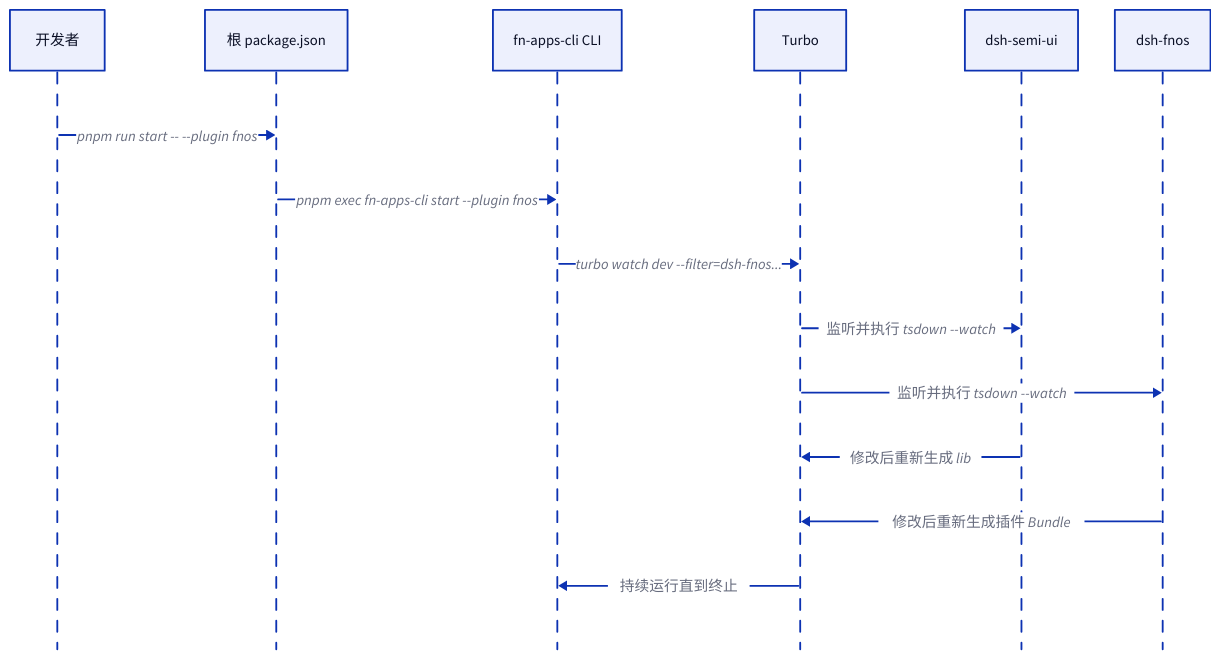
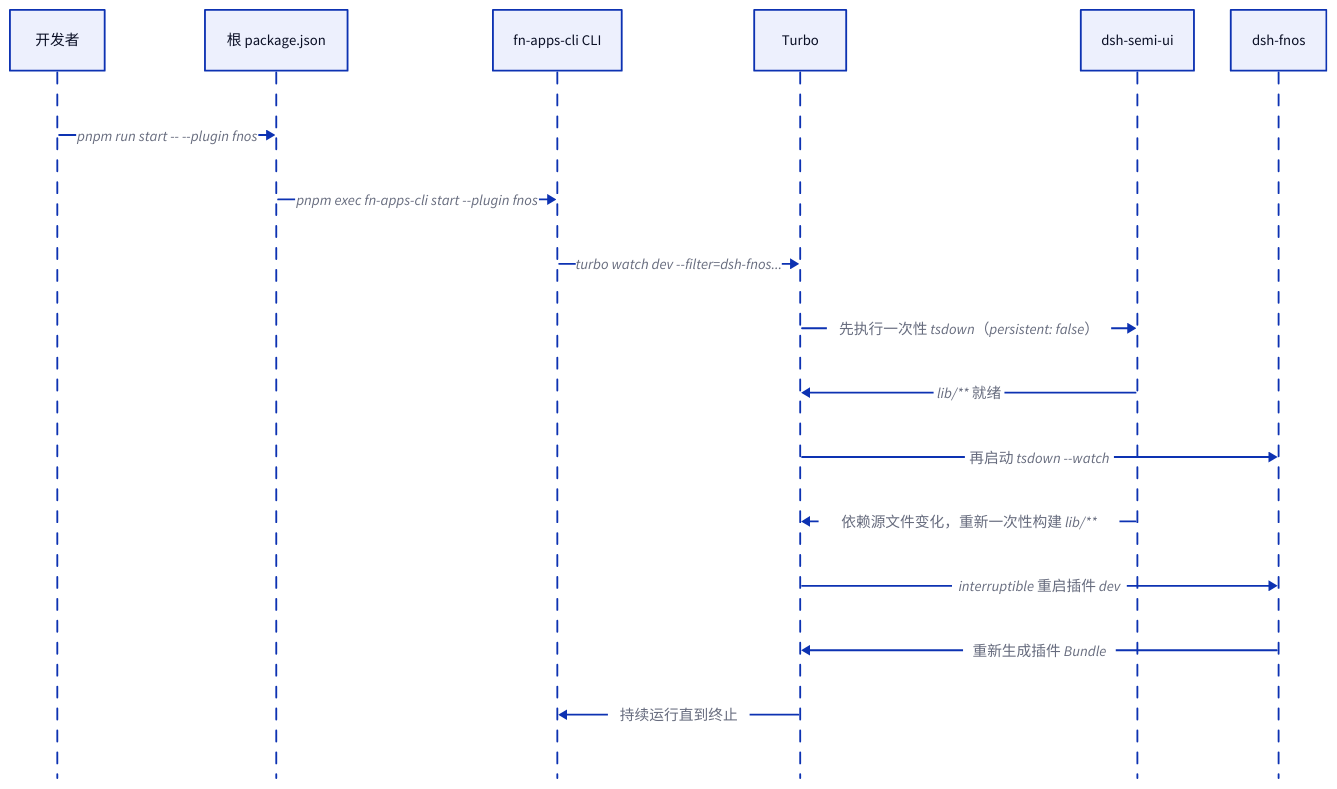
One commit to tnnevol/fn-os-apps changed diagram 13 of 13 in docs/development/package-tasks-and-turbo.md. Above: the diagram before and after it, drawn with D2. The commit also changed other lines of this file and 4 other files, not shown here.

First line of the commit message:
fix(turbo): start shared UI dev before plugin dev

````diff
--- a/docs/development/package-tasks-and-turbo.md
+++ b/docs/development/package-tasks-and-turbo.md
@@ -471,18 +477,20 @@
 ```d2
 developer: 开发者
 root: 根 package.json
 cli: fn-apps-cli CLI
 turbo: Turbo
 semi: dsh-semi-ui
 plugin: dsh-fnos
 
 shape: sequence_diagram
 developer -> root: pnpm run start -- --plugin fnos
 root -> cli: pnpm exec fn-apps-cli start --plugin fnos
 cli -> turbo: turbo watch dev --filter=dsh-fnos...
-turbo -> semi: 监听并执行 tsdown --watch
-turbo -> plugin: 监听并执行 tsdown --watch
-semi -> turbo: 修改后重新生成 lib
-plugin -> turbo: 修改后重新生成插件 Bundle
+turbo -> semi: 先执行一次性 tsdown（persistent: false）
+semi -> turbo: lib/** 就绪
+turbo -> plugin: 再启动 tsdown --watch
+semi -> turbo: 依赖源文件变化，重新一次性构建 lib/**
+turbo -> plugin: interruptible 重启插件 dev
+plugin -> turbo: 重新生成插件 Bundle
 turbo -> cli: 持续运行直到终止
 ```
````
